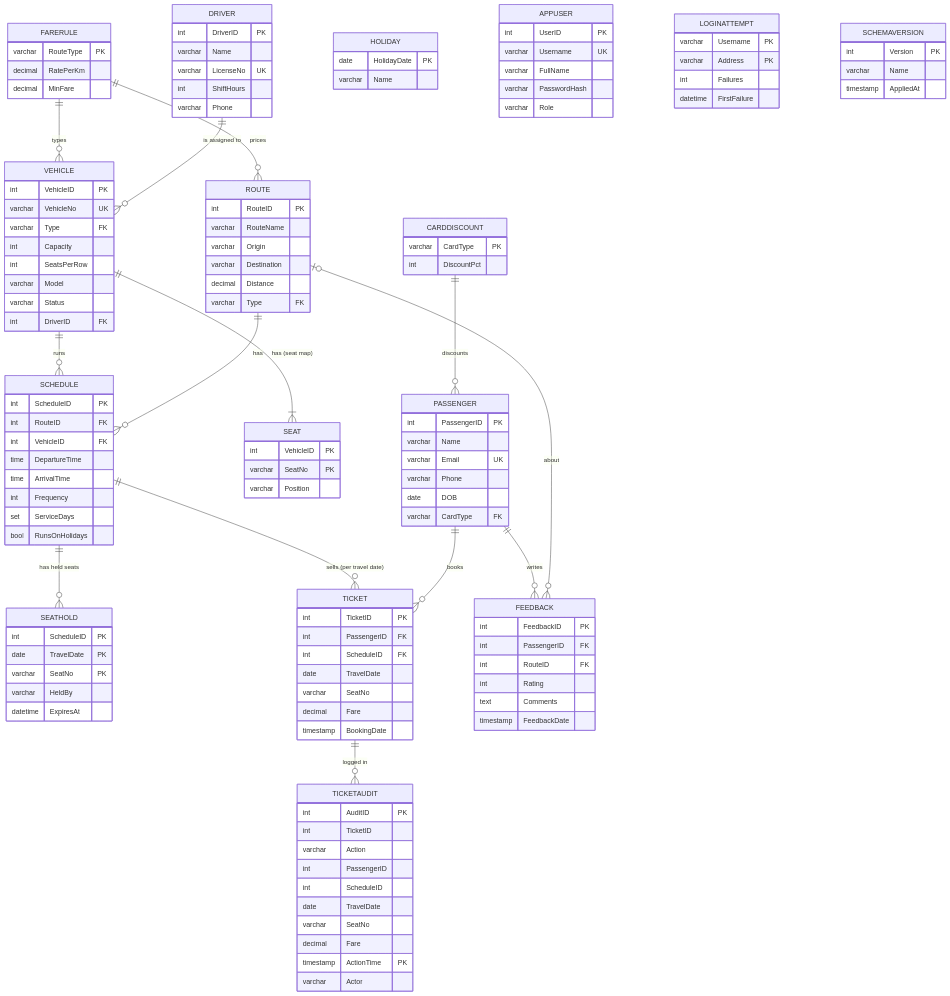
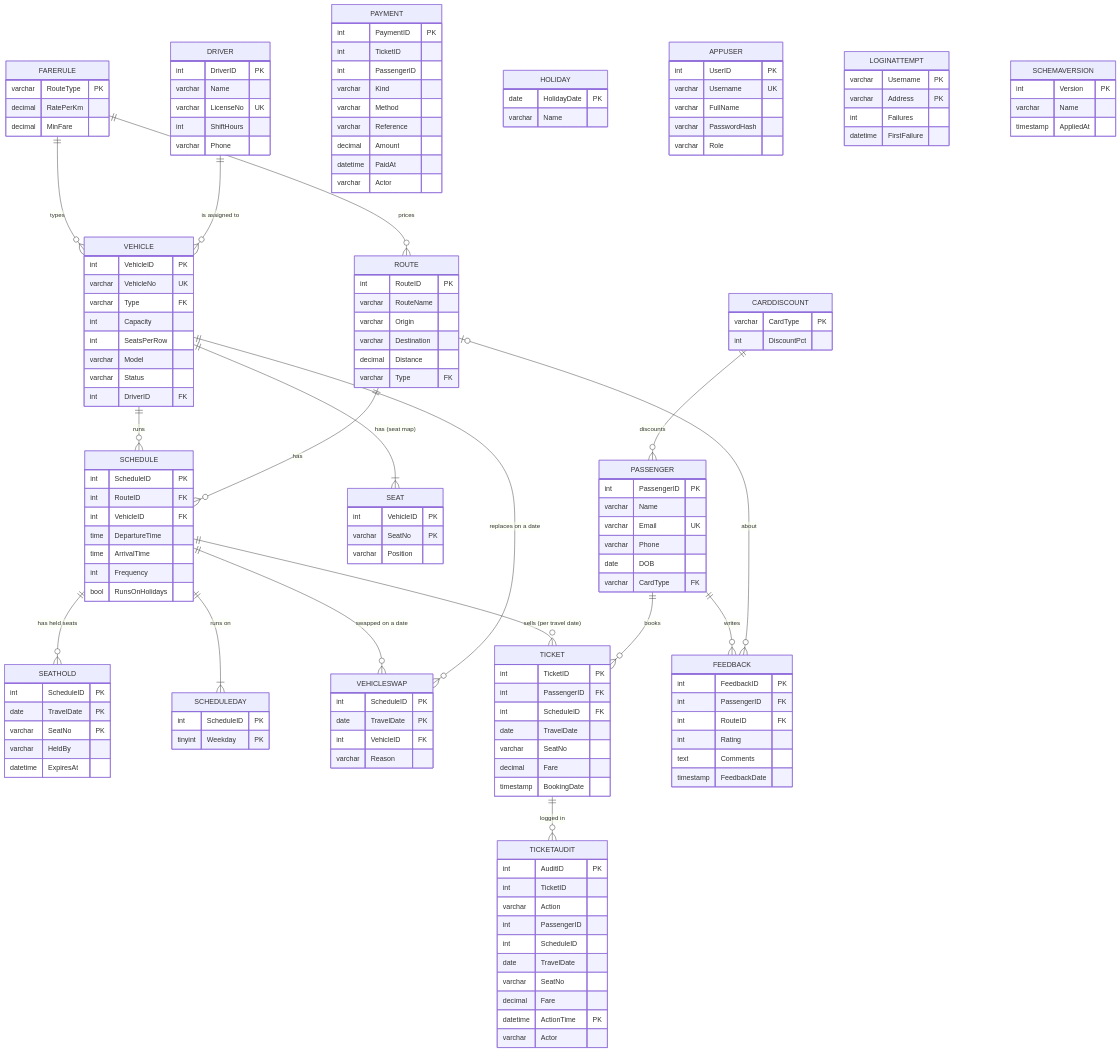
Before and after one commit to sarveshsuhaskute/RouteWise: the diagram in README.md, drawn with Mermaid. The commit also changed other lines of this file and 38 other files, not shown here.

First line of the commit message:
Schema v5: vehicle swaps, payment ledger, ScheduleDay rows, DATETIME partitions; replication, Docker/HTTPS, accessibility

````diff
--- a/README.md
+++ b/README.md
@@ -60,33 +70,39 @@
 ```mermaid
 erDiagram
     FARERULE     ||--o{ ROUTE   : "prices"
     FARERULE     ||--o{ VEHICLE : "types"
     CARDDISCOUNT ||--o{ PASSENGER : "discounts"
     DRIVER   ||--o{ VEHICLE  : "is assigned to"
     VEHICLE  ||--|{ SEAT     : "has (seat map)"
     SCHEDULE ||--o{ SEATHOLD : "has held seats"
+    SCHEDULE ||--|{ SCHEDULEDAY : "runs on"
+    SCHEDULE ||--o{ VEHICLESWAP : "swapped on a date"
+    VEHICLE  ||--o{ VEHICLESWAP : "replaces on a date"
     VEHICLE  ||--o{ SCHEDULE : "runs"
     ROUTE    ||--o{ SCHEDULE : "has"
     SCHEDULE ||--o{ TICKET   : "sells (per travel date)"
     PASSENGER||--o{ TICKET   : "books"
     PASSENGER||--o{ FEEDBACK : "writes"
     ROUTE    |o--o{ FEEDBACK : "about"
     TICKET   ||--o{ TICKETAUDIT : "logged in"
 
     FARERULE     { varchar RouteType PK  decimal RatePerKm  decimal MinFare }
     CARDDISCOUNT { varchar CardType PK  int DiscountPct }
     PASSENGER { int PassengerID PK  varchar Name  varchar Email UK  varchar Phone  date DOB  varchar CardType FK }
     DRIVER    { int DriverID PK  varchar Name  varchar LicenseNo UK  int ShiftHours  varchar Phone }
     VEHICLE   { int VehicleID PK  varchar VehicleNo UK  varchar Type FK  int Capacity  int SeatsPerRow  varchar Model  varchar Status  int DriverID FK }
     SEAT      { int VehicleID PK  varchar SeatNo PK  varchar Position }
     ROUTE     { int RouteID PK  varchar RouteName  varchar Origin  varchar Destination  decimal Distance  varchar Type FK }
-    SCHEDULE  { int ScheduleID PK  int RouteID FK  int VehicleID FK  time DepartureTime  time ArrivalTime  int Frequency  set ServiceDays  bool RunsOnHolidays }
+    SCHEDULE  { int ScheduleID PK  int RouteID FK  int VehicleID FK  time DepartureTime  time ArrivalTime  int Frequency  bool RunsOnHolidays }
+    SCHEDULEDAY { int ScheduleID PK  tinyint Weekday PK }
+    VEHICLESWAP { int ScheduleID PK  date TravelDate PK  int VehicleID FK  varchar Reason }
+    PAYMENT   { int PaymentID PK  int TicketID  int PassengerID  varchar Kind  varchar Method  varchar Reference  decimal Amount  datetime PaidAt  varchar Actor }
     HOLIDAY   { date HolidayDate PK  varchar Name }
     TICKET    { int TicketID PK  int PassengerID FK  int ScheduleID FK  date TravelDate  varchar SeatNo  decimal Fare  timestamp BookingDate }
     SEATHOLD  { int ScheduleID PK  date TravelDate PK  varchar SeatNo PK  varchar HeldBy  datetime ExpiresAt }
     FEEDBACK  { int FeedbackID PK  int PassengerID FK  int RouteID FK  int Rating  text Comments  timestamp FeedbackDate }
-    TICKETAUDIT { int AuditID PK  int TicketID  varchar Action  int PassengerID  int ScheduleID  date TravelDate  varchar SeatNo  decimal Fare  timestamp ActionTime PK  varchar Actor }
+    TICKETAUDIT { int AuditID PK  int TicketID  varchar Action  int PassengerID  int ScheduleID  date TravelDate  varchar SeatNo  decimal Fare  datetime ActionTime PK  varchar Actor }
     APPUSER   { int UserID PK  varchar Username UK  varchar FullName  varchar PasswordHash  varchar Role }
     LOGINATTEMPT { varchar Username PK  varchar Address PK  int Failures  datetime FirstFailure }
     SCHEMAVERSION { int Version PK  varchar Name  timestamp AppliedAt }
 ```
````
